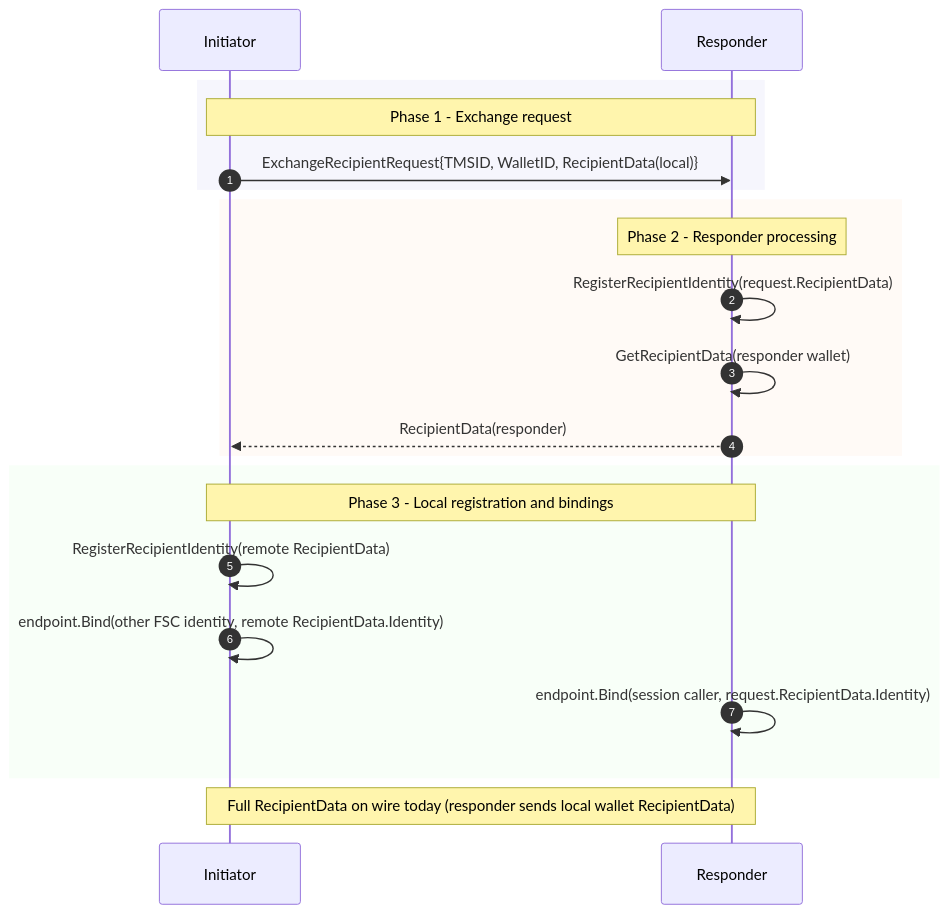
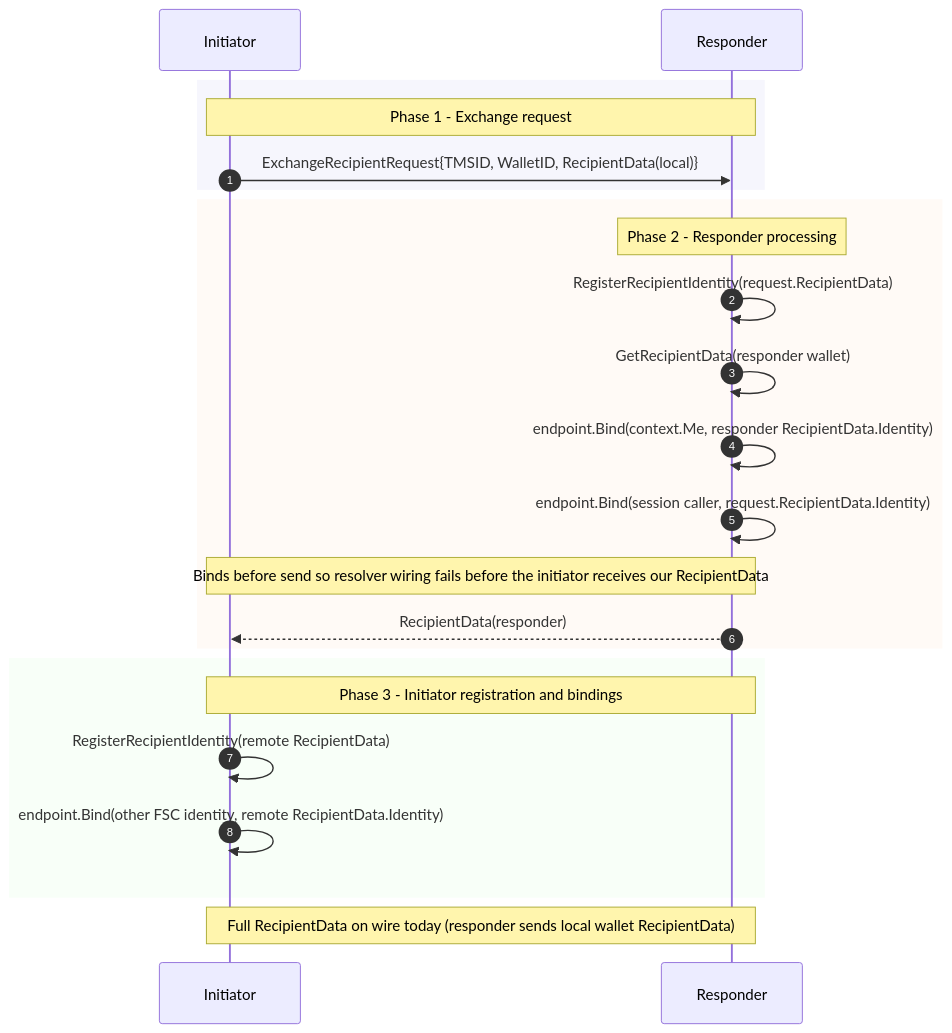
One commit to hyperledger-labs/fabric-token-sdk changed the third of 3 diagrams in docs/services/ttx.md. Above: the diagram before and after it, drawn with Mermaid. The commit also changed other lines of this file and 2 other files, not shown here.

First line of the commit message:
fix(ttx): bind before send on recipient views; remove unused isMeCache

````diff
--- a/docs/services/ttx.md
+++ b/docs/services/ttx.md
@@ -134,27 +134,29 @@
 ```mermaid
 sequenceDiagram
     autonumber
     participant I as Initiator
     participant R as Responder
 
     rect rgba(230, 230, 250, 0.35)
         Note over I,R: Phase 1 - Exchange request
         I->>R: ExchangeRecipientRequest{TMSID, WalletID, RecipientData(local)}
     end
 
     rect rgba(255, 245, 238, 0.5)
         Note over R: Phase 2 - Responder processing
         R->>R: RegisterRecipientIdentity(request.RecipientData)
         R->>R: GetRecipientData(responder wallet)
+        R->>R: endpoint.Bind(context.Me, responder RecipientData.Identity)
+        R->>R: endpoint.Bind(session caller, request.RecipientData.Identity)
+        Note over R,I: Binds before send so resolver wiring fails before the initiator receives our RecipientData
         R-->>I: RecipientData(responder)
     end
 
     rect rgba(240, 255, 240, 0.45)
-        Note over I,R: Phase 3 - Local registration and bindings
+        Note over I,R: Phase 3 - Initiator registration and bindings
         I->>I: RegisterRecipientIdentity(remote RecipientData)
         I->>I: endpoint.Bind(other FSC identity, remote RecipientData.Identity)
-        R->>R: endpoint.Bind(session caller, request.RecipientData.Identity)
     end
 
     Note over I,R: Full RecipientData on wire today (responder sends local wallet RecipientData)
 ```
````
